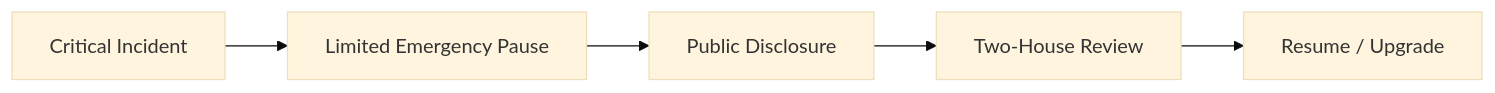
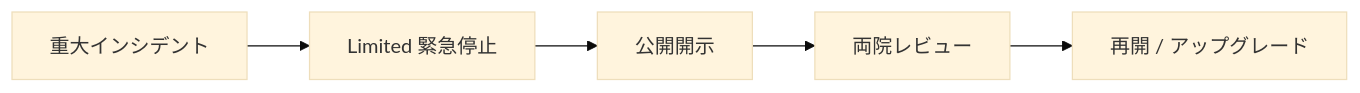
Before and after one commit to ShigeichiroYamasaki/creator-first-platform: diagram 15 of 23 in docs/whitepaper/07-governance.md, drawn with Mermaid (base theme). The commit also changed other lines of this file and 72 other files, not shown here.

````diff
--- a/docs/whitepaper/07-governance.md
+++ b/docs/whitepaper/07-governance.md
@@ -745,10 +745,10 @@
 ```mermaid
 flowchart LR
-    INCIDENT[Critical Incident]
-    PAUSE[Limited Emergency Pause]
-    DISCLOSE[Public Disclosure]
-    REVIEW[Two-House Review]
-    RESUME[Resume / Upgrade]
+    INCIDENT[重大インシデント]
+    PAUSE[Limited 緊急停止]
+    DISCLOSE[公開開示]
+    REVIEW[両院レビュー]
+    RESUME[再開 / アップグレード]
 
     INCIDENT --> PAUSE --> DISCLOSE --> REVIEW --> RESUME
 ```
````
